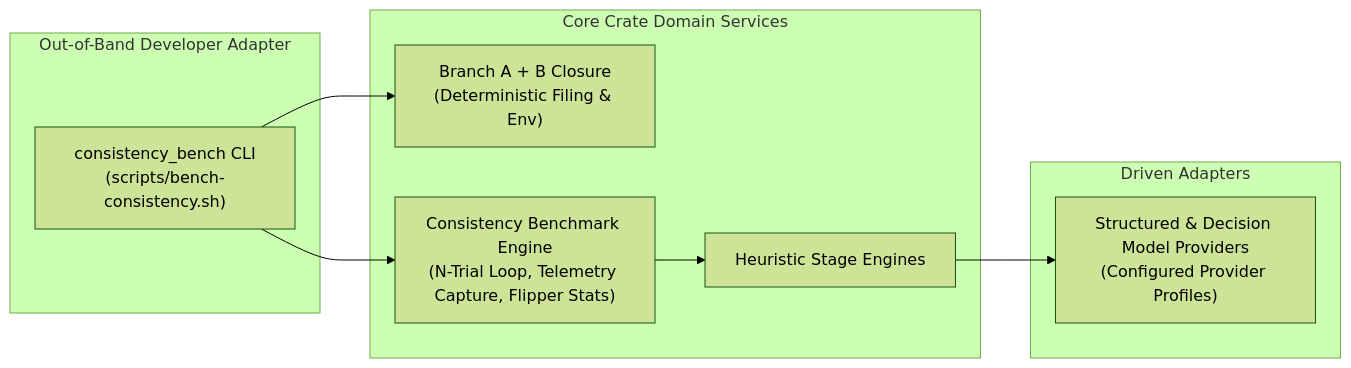
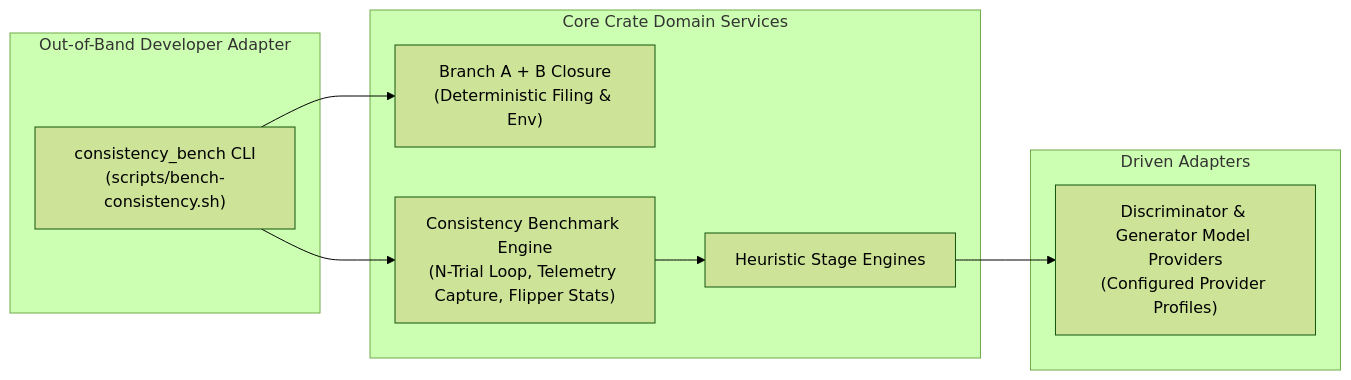
One commit to PAIR-code/canon-clerk changed the first of 2 diagrams in docs/architecture/benchmarking.md. Above: the diagram before and after it, drawn with Mermaid (forest theme). The commit also changed 18 other files, not shown here.

````diff
--- a/docs/architecture/benchmarking.md
+++ b/docs/architecture/benchmarking.md
@@ -36,21 +36,21 @@
 ```mermaid
 flowchart LR
     subgraph DevAdapter ["Out-of-Band Developer Adapter"]
         Runner["consistency_bench CLI<br/>(scripts/bench-consistency.sh)"]
     end
 
     subgraph HexagonCore ["Core Crate Domain Services"]
         Upstream["Branch A + B Closure<br/>(Deterministic Filing & Env)"]
         Bench["Consistency Benchmark Engine<br/>(N-Trial Loop, Telemetry Capture, Flipper Stats)"]
         Stages["Heuristic Stage Engines"]
     end
 
     subgraph DrivenPort ["Driven Adapters"]
-        Provider["Structured & Decision Model Providers<br/>(Configured Provider Profiles)"]
+        Provider["Discriminator & Generator Model Providers<br/>(Configured Provider Profiles)"]
     end
 
     Runner --> Upstream
     Runner --> Bench
     Bench --> Stages
     Stages --> Provider
 ```
````
